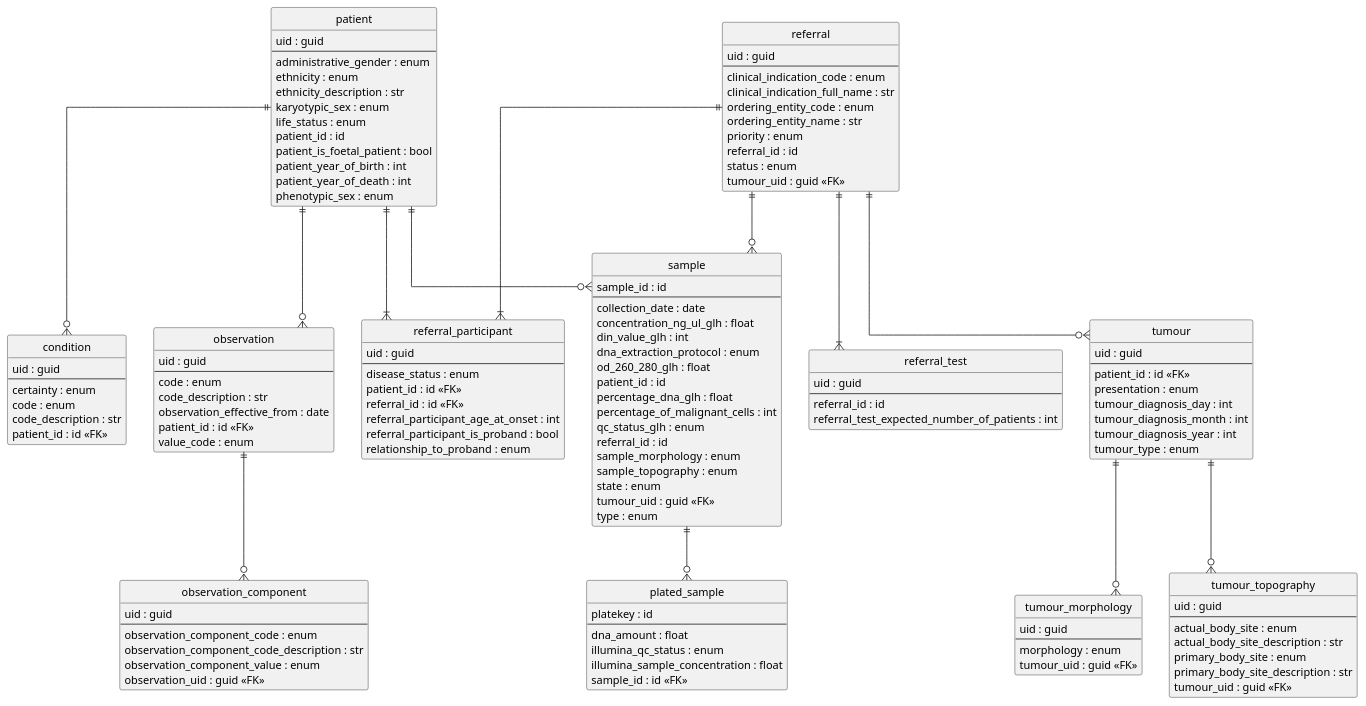
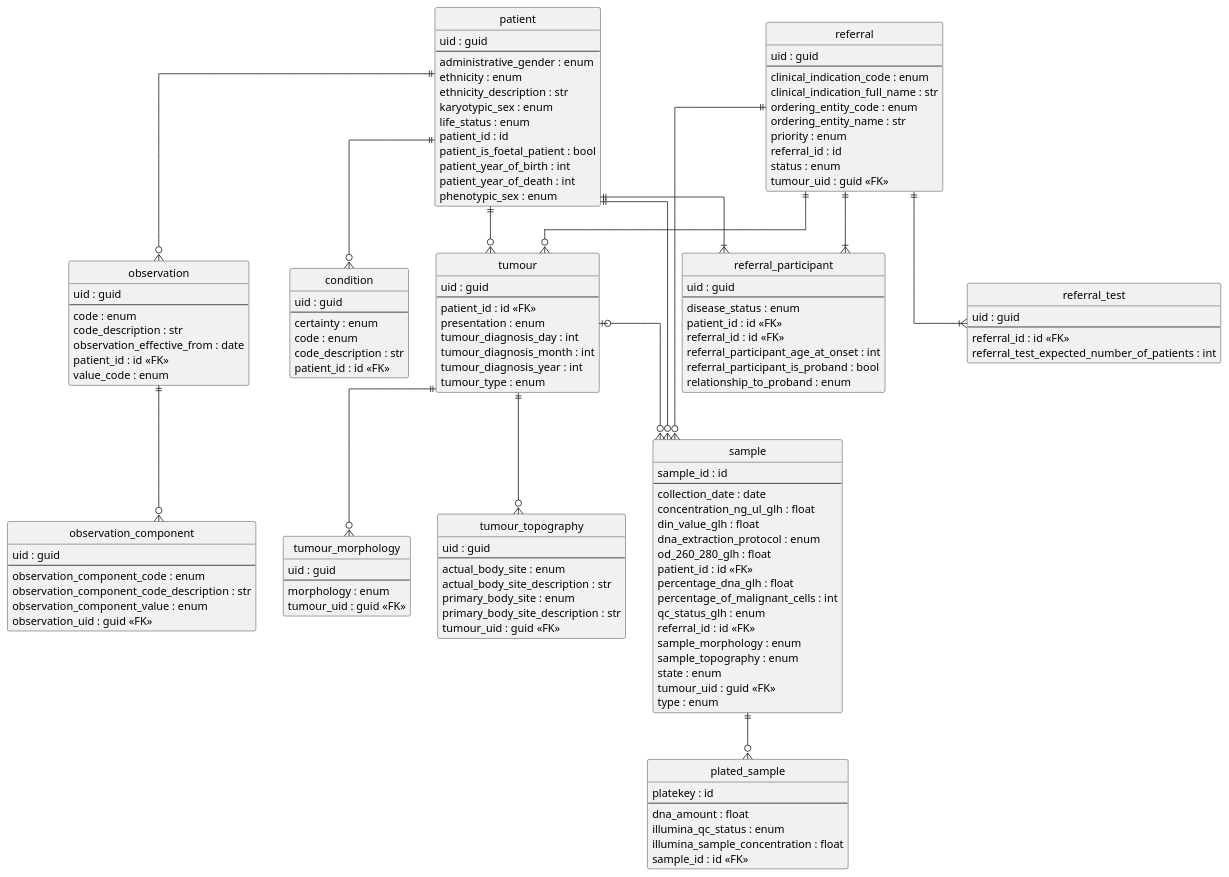
Before and after one commit to genomicsengland/gms_rr_data_dictionary: the diagram in er_diag.plantuml, drawn with PlantUML. The commit also changed 2 other files, not shown here.

Commit message:
fix(update) update data_files and ER diagram
Check that data_files are inline with the actual tables and undeprecate
a couple of columns. Add some foreign key relationships to the ER
diagram.

```diff
--- a/er_diag.plantuml
+++ b/er_diag.plantuml
@@ -1,157 +1,159 @@
 @startuml
 
 ' hide the spot
 hide circle
 
 ' avoid problems with angled crows feet
 skinparam linetype ortho
 
 ' declare all the entities
 
 entity "condition" {
     uid : guid
     --
     certainty : enum
     code : enum
     code_description : str
     patient_id : id <<FK>>
 }
 
 entity "observation" {
     uid : guid
     --
     code : enum
     code_description : str
     observation_effective_from : date
     patient_id : id <<FK>>
     value_code : enum
 }
 
 entity "observation_component" {
     uid : guid
     --
     observation_component_code : enum
     observation_component_code_description : str
     observation_component_value : enum
     observation_uid : guid <<FK>>
 }
 
 entity "patient" {
     uid : guid
     --
     administrative_gender : enum
     ethnicity : enum
     ethnicity_description : str
     karyotypic_sex : enum
     life_status : enum
     patient_id : id
     patient_is_foetal_patient : bool
     patient_year_of_birth : int
     patient_year_of_death : int
     phenotypic_sex : enum
 }
 
 entity "plated_sample" {
     platekey : id
     --
     dna_amount : float
     illumina_qc_status : enum
     illumina_sample_concentration : float
     sample_id : id <<FK>>
 }
 
 entity "referral" {
     uid : guid
     --
     clinical_indication_code : enum
     clinical_indication_full_name : str
     ordering_entity_code : enum
     ordering_entity_name : str
     priority : enum
     referral_id : id
     status : enum
     tumour_uid : guid <<FK>>
 }
 
 entity "referral_participant" {
     uid : guid
     --
     disease_status : enum
     patient_id : id <<FK>>
     referral_id : id <<FK>>
     referral_participant_age_at_onset : int
     referral_participant_is_proband : bool
     relationship_to_proband : enum
 }
 
 entity "referral_test" {
     uid : guid
     --
-    referral_id : id
+    referral_id : id <<FK>>
     referral_test_expected_number_of_patients : int
 }
 
 entity "sample" {
     sample_id : id
     --
     collection_date : date
     concentration_ng_ul_glh : float
-    din_value_glh : int
+    din_value_glh : float
     dna_extraction_protocol : enum
     od_260_280_glh : float
-    patient_id : id
+    patient_id : id <<FK>>
     percentage_dna_glh : float
     percentage_of_malignant_cells : int
     qc_status_glh : enum
-    referral_id : id
+    referral_id : id <<FK>>
     sample_morphology : enum
     sample_topography : enum
     state : enum
     tumour_uid : guid <<FK>>
     type : enum
 }
 
 entity "tumour" {
     uid : guid
     --
     patient_id : id <<FK>>
     presentation : enum
     tumour_diagnosis_day : int
     tumour_diagnosis_month : int
     tumour_diagnosis_year : int
     tumour_type : enum
 }
 
 entity "tumour_morphology" {
     uid : guid
     --
     morphology : enum
     tumour_uid : guid <<FK>>
 }
 
 entity "tumour_topography" {
     uid : guid
     --
     actual_body_site : enum
     actual_body_site_description : str
     primary_body_site : enum
     primary_body_site_description : str
     tumour_uid : guid <<FK>>
 }
 
 ' declare the relationships
 
 patient ||--o{ condition
 patient ||--o{ observation
+patient ||--o{ sample
+patient ||--|{ referral_participant
+patient ||--o{ tumour
 observation ||--o{ observation_component
 tumour ||--o{ tumour_morphology
 tumour ||--o{ tumour_topography
-referral ||--|{ referral_participant
+tumour |o--o{ sample
 sample ||--o{ plated_sample
 referral ||--o{ tumour
+referral ||--|{ referral_participant
 referral ||--|{ referral_test
 referral ||--o{ sample
-patient ||--o{ sample
-patient ||--|{ referral_participant
 
 @enduml
```
